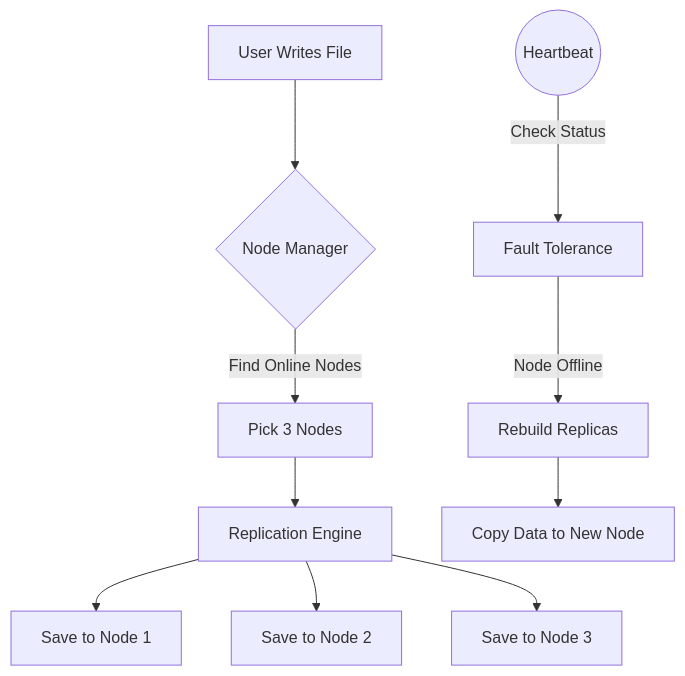
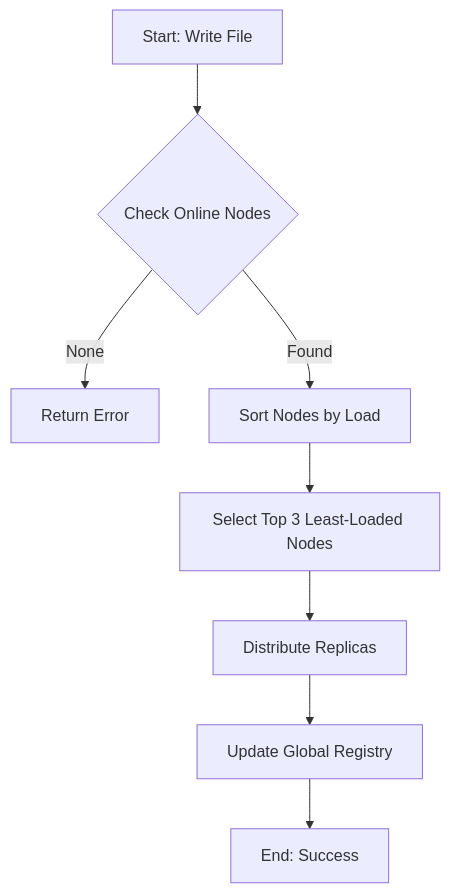
One commit to sathwika-2200/Os_Project changed the diagram in Project_Report.md. Above: the diagram before and after it, drawn with Mermaid. The commit also changed other lines of this file, not shown here.

````diff
--- a/Project_Report.md
+++ b/Project_Report.md
@@ -44,13 +45,10 @@
 ```mermaid
 graph TD
-    A[User Writes File] --> B{Node Manager}
-    B -->|Find Online Nodes| C[Pick 3 Nodes]
-    C --> D[Replication Engine]
-    D --> E[Save to Node 1]
-    D --> F[Save to Node 2]
-    D --> G[Save to Node 3]
-    
-    H((Heartbeat)) -->|Check Status| I[Fault Tolerance]
-    I -->|Node Offline| J[Rebuild Replicas]
-    J --> K[Copy Data to New Node]
+    A[Start: Write File] --> B{Check Online Nodes}
+    B -- None --> C[Return Error]
+    B -- Found --> D[Sort Nodes by Load]
+    D --> E[Select Top 3 Least-Loaded Nodes]
+    E --> F[Distribute Replicas]
+    F --> G[Update Global Registry]
+    G --> H[End: Success]
 ```
````
